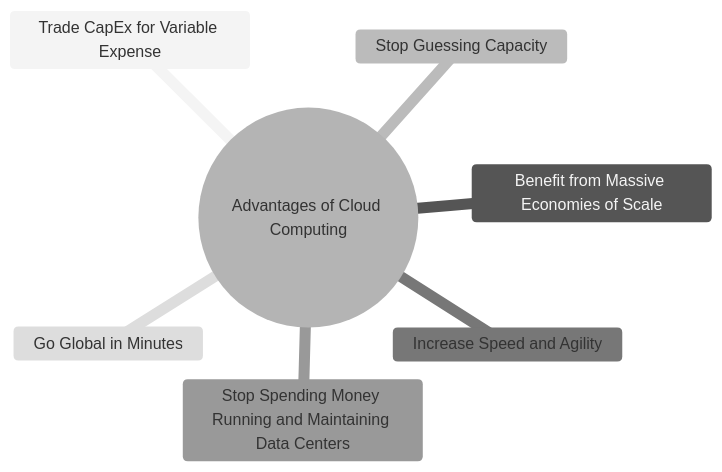
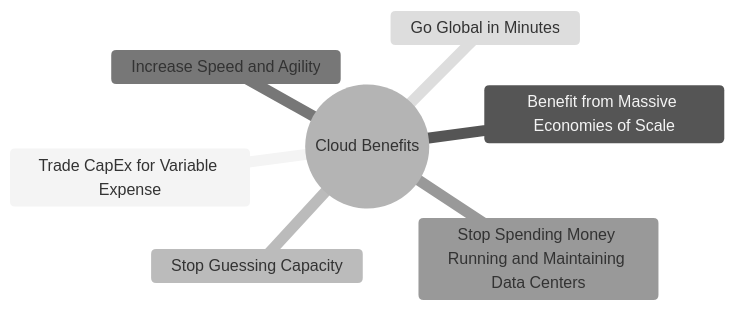
The diagram in AWS-Cloud-Foundations/Module-01-Cloud-Computing-Fundamentals/Advantages-of-Cloud-Map.md (ziadwaleed1/cloud-journey), drawn with Mermaid (neutral theme) before and after one commit.

Commit message:
Update mind map title in Cloud Computing advantages

````diff
--- a/AWS-Cloud-Foundations/Module-01-Cloud-Computing-Fundamentals/Advantages-of-Cloud-Map.md
+++ b/AWS-Cloud-Foundations/Module-01-Cloud-Computing-Fundamentals/Advantages-of-Cloud-Map.md
@@ -3,16 +3,16 @@
 ```mermaid
 mindmap
-  root((Advantages of Cloud Computing))
+  root((Cloud Benefits))
 
     Trade CapEx for Variable Expense
 
     Benefit from Massive Economies of Scale
 
     Stop Guessing Capacity
 
     Increase Speed and Agility
 
     Stop Spending Money Running and Maintaining Data Centers
 
     Go Global in Minutes
 ```
````
